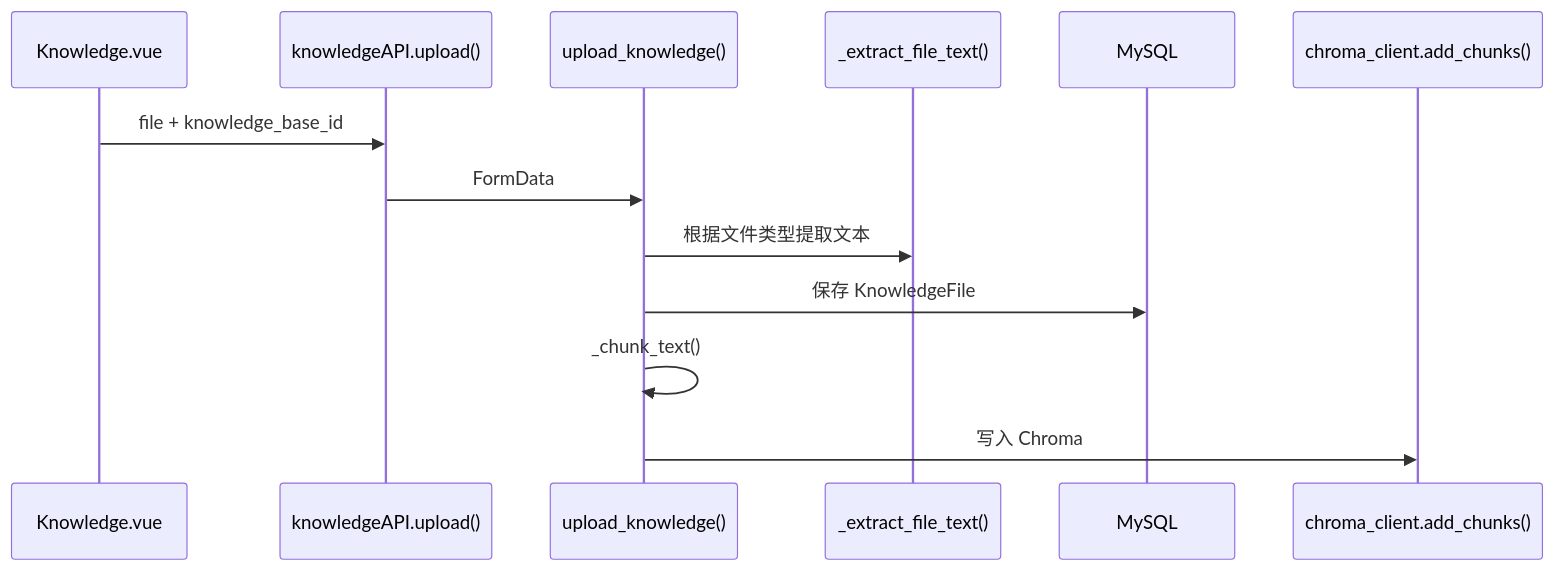
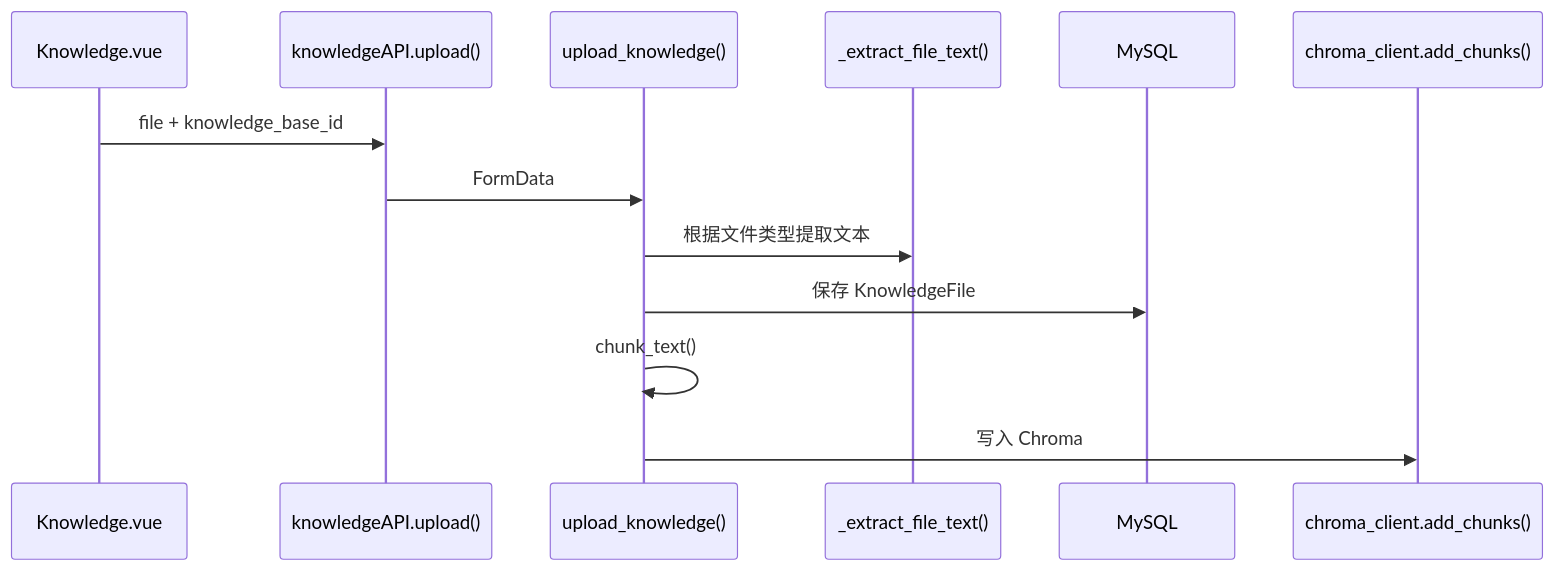
The seventh of 10 diagrams in docs/PROJECT_CODE_READING_ROADMAP.md (baiye-banned/Agent_about_answer), drawn with Mermaid before and after one commit. The commit also changed other lines of this file and 53 other files, not shown here.

````diff
--- a/docs/PROJECT_CODE_READING_ROADMAP.md
+++ b/docs/PROJECT_CODE_READING_ROADMAP.md
@@ -439,16 +442,16 @@
 ```mermaid
 sequenceDiagram
   participant F as Knowledge.vue
   participant A as knowledgeAPI.upload()
   participant B as upload_knowledge()
   participant E as _extract_file_text()
   participant M as MySQL
   participant C as chroma_client.add_chunks()
 
   F->>A: file + knowledge_base_id
   A->>B: FormData
   B->>E: 根据文件类型提取文本
   B->>M: 保存 KnowledgeFile
-  B->>B: _chunk_text()
+  B->>B: chunk_text()
   B->>C: 写入 Chroma
 ```
````
